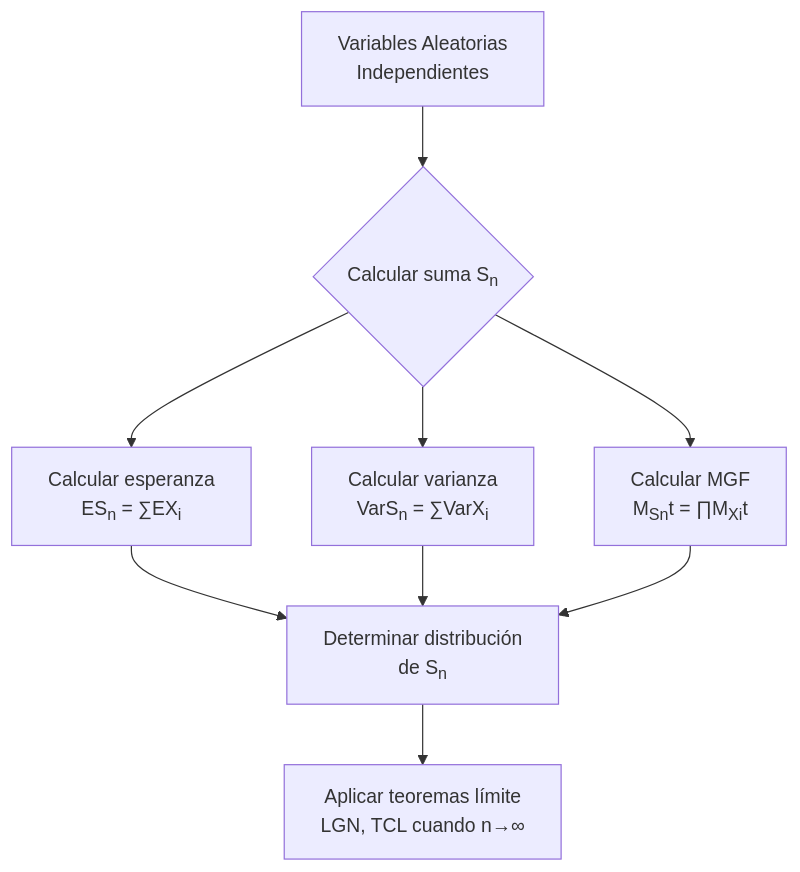
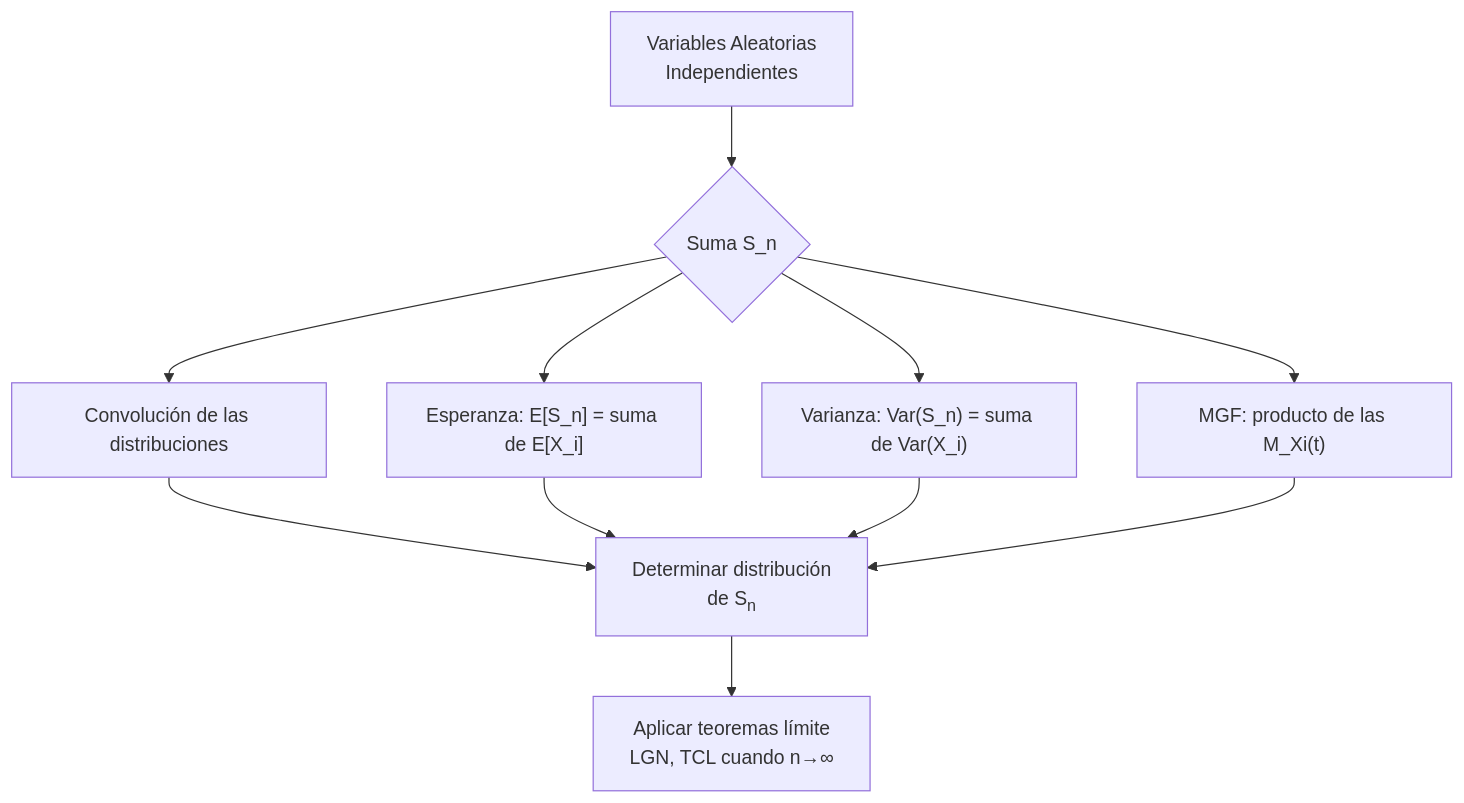
Before and after one commit to djaimej/computer-science-template: the diagram in public/documents/semester-3/4/3443.md, drawn with Mermaid. The commit also changed other lines of this file and 6 other files, not shown here.

````diff
--- a/public/documents/semester-3/4/3443.md
+++ b/public/documents/semester-3/4/3443.md
@@ -69,13 +113,15 @@
 ```mermaid
 flowchart TD
-    A[Variables Aleatorias<br>Independientes] --> B{Calcular suma S<sub>n</sub>}
-    B --> C[Calcular esperanza<br>ES<sub>n</sub> = ∑EX<sub>i</sub>]
-    B --> D[Calcular varianza<br>VarS<sub>n</sub> = ∑VarX<sub>i</sub>]
-    B --> E[Calcular MGF<br>M<sub>Sn</sub>t = ∏M<sub>Xi</sub>t]
+    A[Variables Aleatorias<br>Independientes] --> B{"Suma S_n"}
+    B --> C["Esperanza: E[S_n] = suma de E[X_i]"]
+    B --> D["Varianza: Var(S_n) = suma de Var(X_i)"]
+    B --> E["MGF: producto de las M_Xi(t)"]
+    B --> H[Convolución de las distribuciones]
+    H --> F
 
     C --> F[Determinar distribución<br>de S<sub>n</sub>]
     D --> F
     E --> F
 
     F --> G[Aplicar teoremas límite<br>LGN, TCL cuando n→∞]
 ```
````
